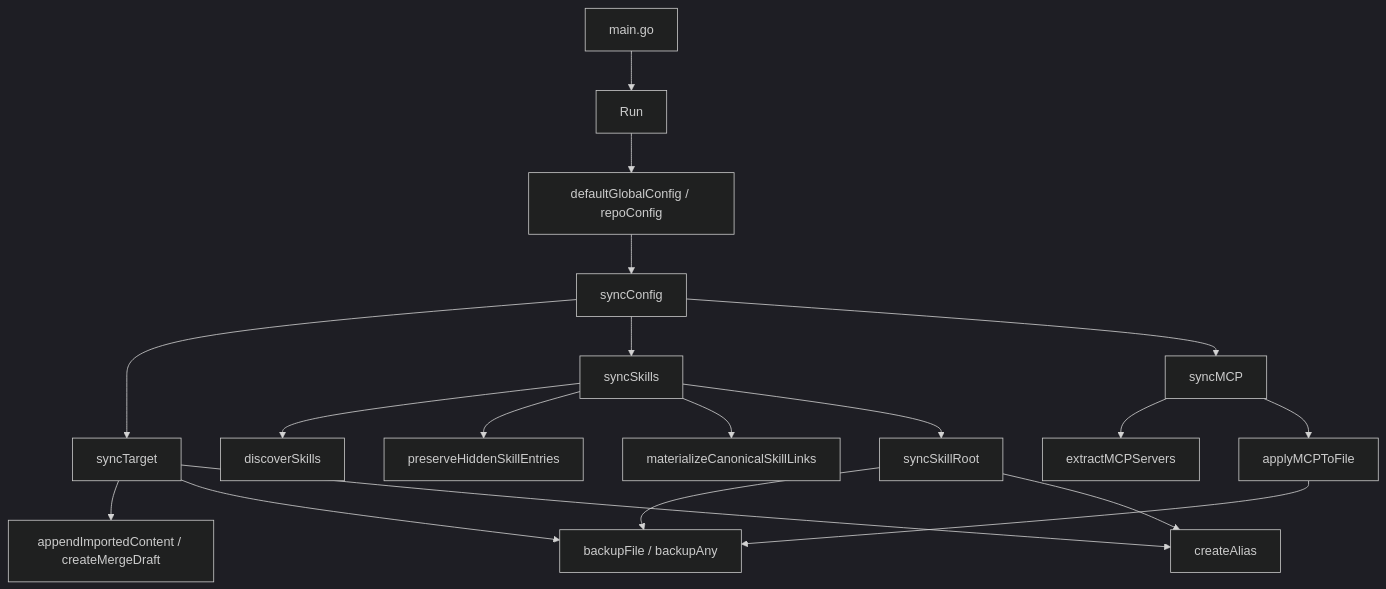
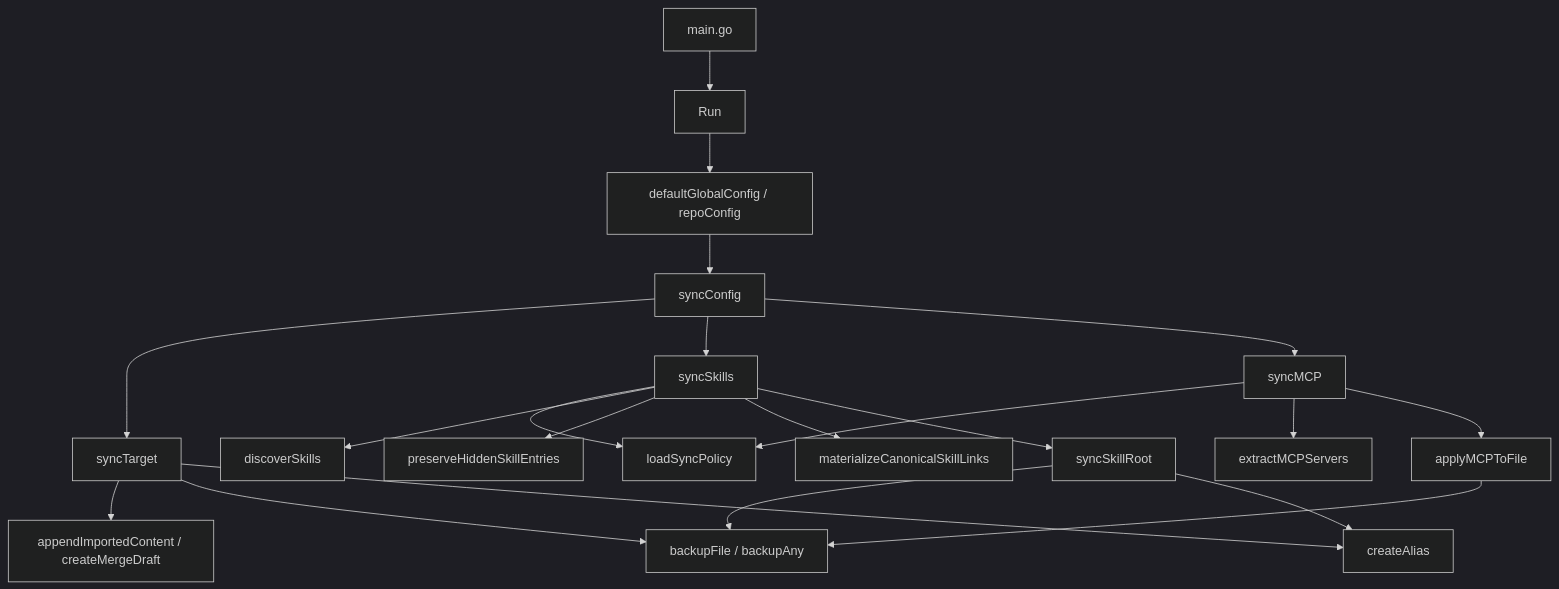
Before and after one commit to x0c/agentsync: the first of 2 diagrams in docs/AGENTSYNC_KNOWLEDGE_BASE.md, drawn with Mermaid (dark theme). The commit also changed other lines of this file and 16 other files, not shown here.

````diff
--- a/docs/AGENTSYNC_KNOWLEDGE_BASE.md
+++ b/docs/AGENTSYNC_KNOWLEDGE_BASE.md
@@ -40,21 +40,23 @@
 ```mermaid
 flowchart TD
     CLI[main.go] --> Run[Run]
     Run --> Config[defaultGlobalConfig / repoConfig]
     Config --> Sync[syncConfig]
     Sync --> Target[syncTarget]
     Sync --> Skills[syncSkills]
     Sync --> MCP[syncMCP]
+    Skills --> Policy[loadSyncPolicy]
+    MCP --> Policy
     Target --> Merge[appendImportedContent / createMergeDraft]
     Target --> Backup[backupFile / backupAny]
     Target --> Alias[createAlias]
     Skills --> Discover[discoverSkills]
     Skills --> Preserve[preserveHiddenSkillEntries]
     Skills --> Materialize[materializeCanonicalSkillLinks]
     Skills --> Root[syncSkillRoot]
     MCP --> Extract[extractMCPServers]
     MCP --> Apply[applyMCPToFile]
     Root --> Backup
     Root --> Alias
     Apply --> Backup
 ```
````
